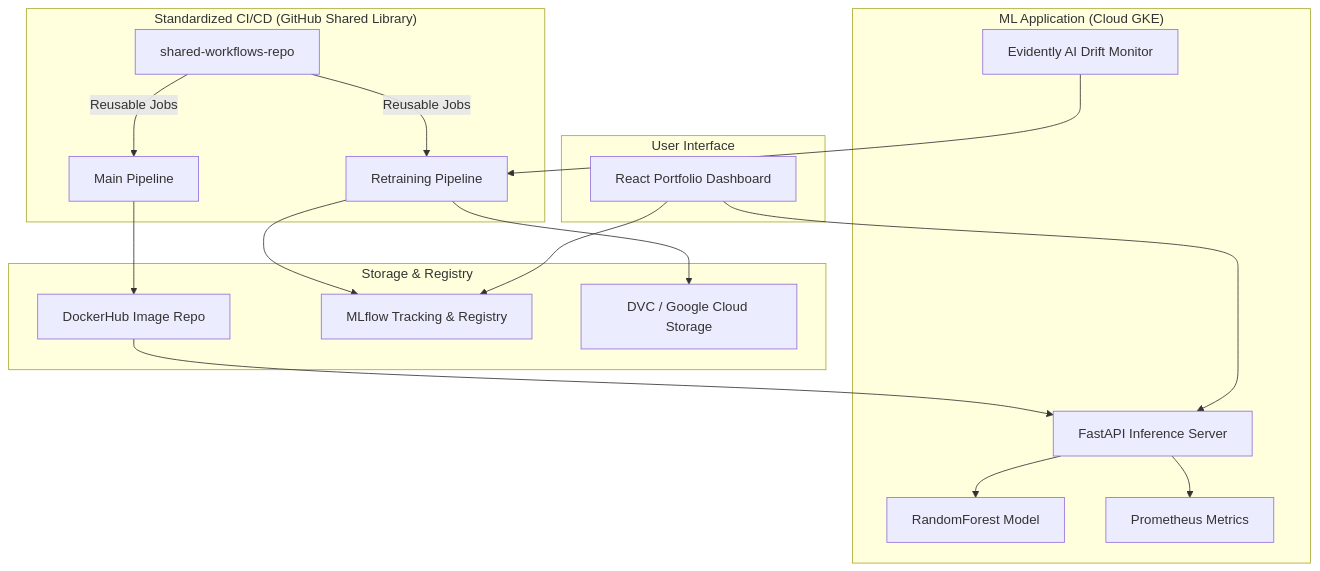
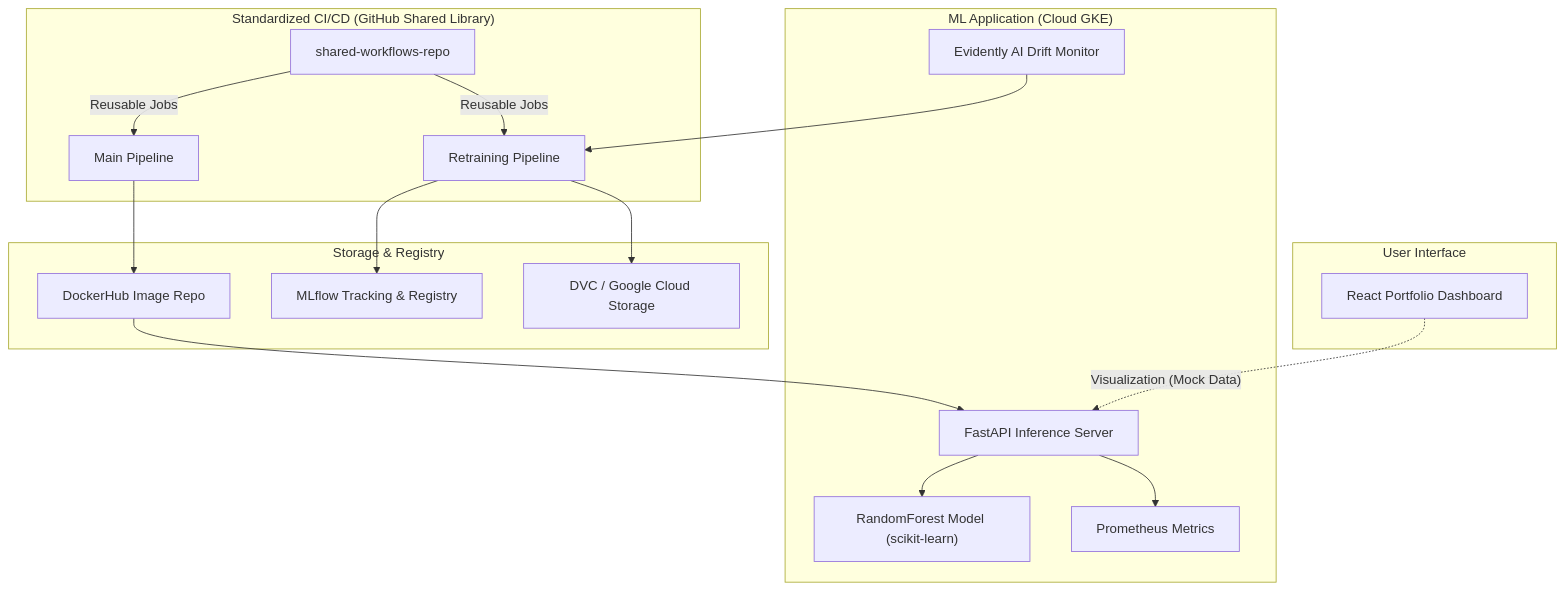
Before and after one commit to VedantPandhare/MLOps-automation: the diagram in PROJECT_OVERVIEW.md, drawn with Mermaid. The commit also changed other lines of this file, not shown here.

Commit message:
docs: add a component breakdown for static vs. functional elements and update the diagram to reflect mock dashboard visualization.

````diff
--- a/PROJECT_OVERVIEW.md
+++ b/PROJECT_OVERVIEW.md
@@ -19,34 +19,33 @@
 ```mermaid
 graph TD
     subgraph "Standardized CI/CD (GitHub Shared Library)"
         SW[shared-workflows-repo] --> |Reusable Jobs| CI[Main Pipeline]
         SW --> |Reusable Jobs| RT[Retraining Pipeline]
     end
 
     subgraph "ML Application (Cloud GKE)"
         API[FastAPI Inference Server]
-        MOD[RandomForest Model]
+        MOD["RandomForest Model (scikit-learn)"]
         PROM[Prometheus Metrics]
         EVI[Evidently AI Drift Monitor]
     end
 
     subgraph "Storage & Registry"
         DH[DockerHub Image Repo]
         MF[MLflow Tracking & Registry]
         DVC[DVC / Google Cloud Storage]
     end
 
     subgraph "User Interface"
         DASH[React Portfolio Dashboard]
     end
 
     CI --> DH
     RT --> MF
     RT --> DVC
     DH --> API
     API --> PROM
     API --> MOD
     EVI --> RT
-    DASH --> API
-    DASH --> MF
+    DASH -.-> |"Visualization (Mock Data)"| API
 ```
````
